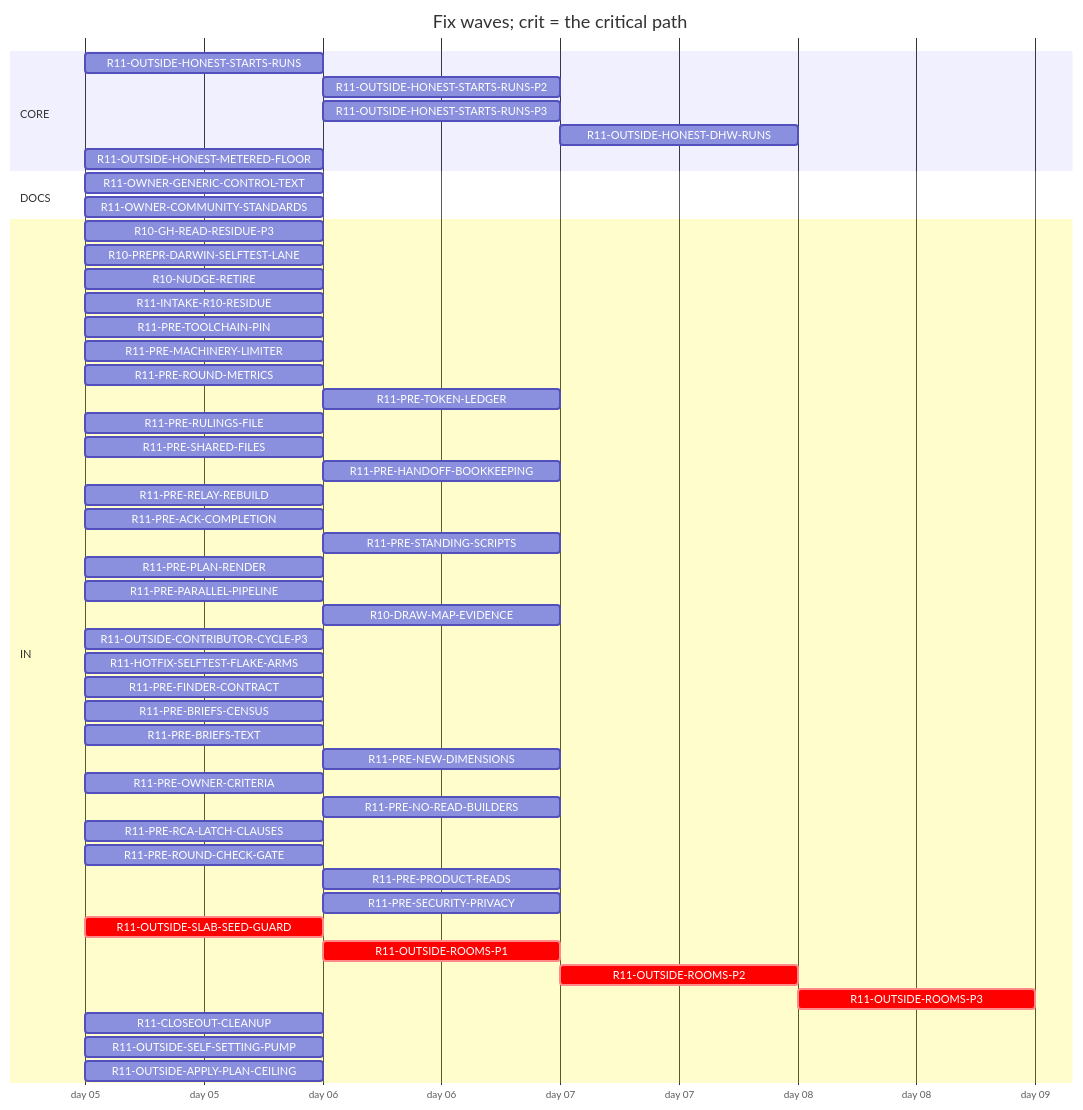
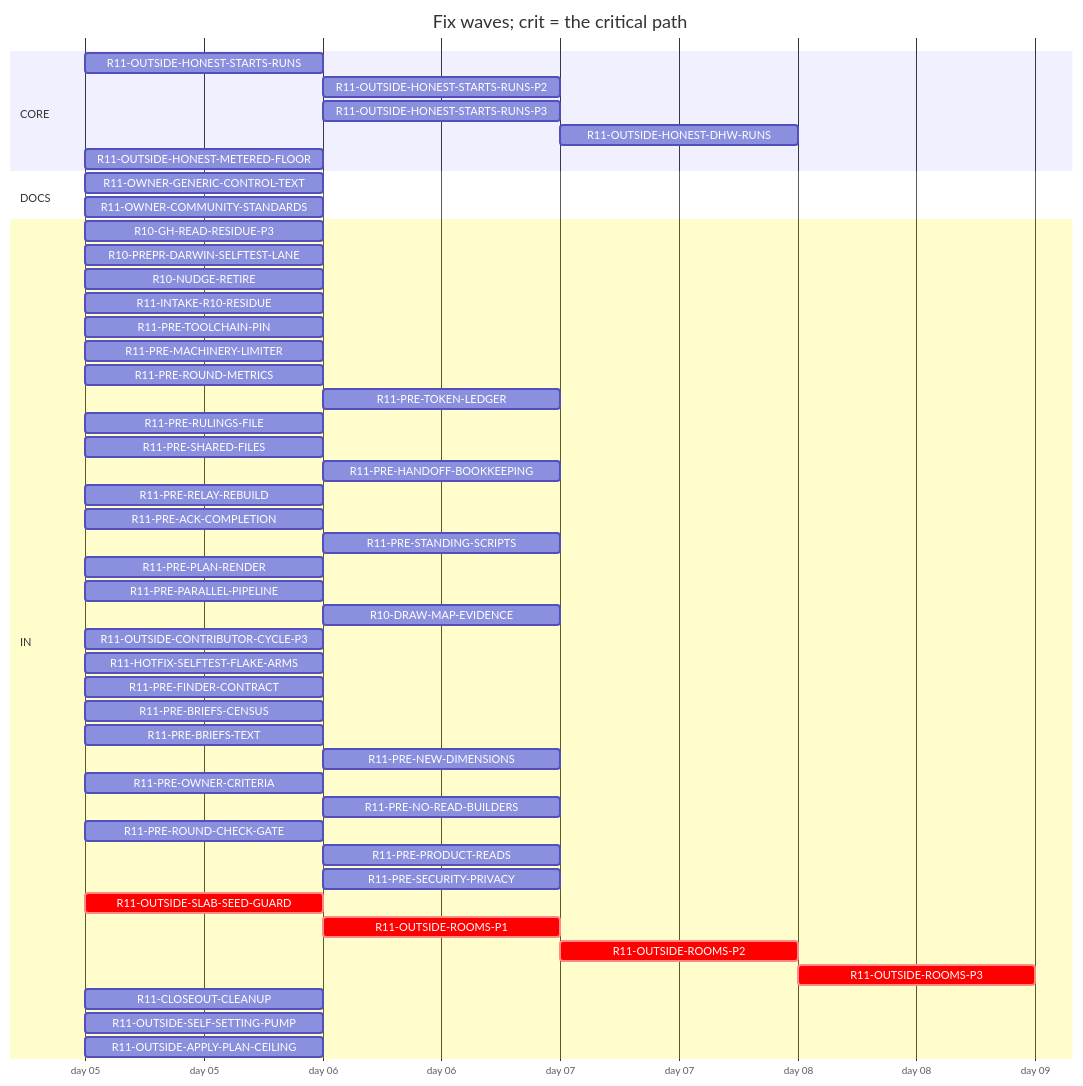
Before and after one commit to tvofi/heatpump_optimizer: the diagram in handoff/round11/state/PLAN-TABLE.md, drawn with Mermaid. The commit also changed other lines of this file and 4 other files, not shown here.

Commit message:
state: FLOW-BOARD.md, NEXT-SESSION-PROMPT.md, PLAN-TABLE.md, PLAN.html, RESUME-CURRENT.md regenerated (state_docs.py)

````diff
--- a/handoff/round11/state/PLAN-TABLE.md
+++ b/handoff/round11/state/PLAN-TABLE.md
@@ -16,52 +16,51 @@
 ```mermaid
 gantt
   title Fix waves; crit = the critical path
   dateFormat YYYY-MM-DD
   axisFormat day %d
   section CORE
     R11-OUTSIDE-HONEST-STARTS-RUNS :r11OUTSIDEHONESTSTARTSRUNS, 2026-01-05, 1d
     R11-OUTSIDE-HONEST-STARTS-RUNS-P2 :r11OUTSIDEHONESTSTARTSRUNSP2, after r11OUTSIDEHONESTSTARTSRUNS, 1d
     R11-OUTSIDE-HONEST-STARTS-RUNS-P3 :r11OUTSIDEHONESTSTARTSRUNSP3, after r11OUTSIDEHONESTSTARTSRUNS, 1d
     R11-OUTSIDE-HONEST-DHW-RUNS :r11OUTSIDEHONESTDHWRUNS, after r11OUTSIDEHONESTSTARTSRUNS r11OUTSIDEHONESTSTARTSRUNSP2, 1d
     R11-OUTSIDE-HONEST-METERED-FLOOR :r11OUTSIDEHONESTMETEREDFLOOR, 2026-01-05, 1d
   section DOCS
     R11-OWNER-GENERIC-CONTROL-TEXT :r11OWNERGENERICCONTROLTEXT, 2026-01-05, 1d
     R11-OWNER-COMMUNITY-STANDARDS :r11OWNERCOMMUNITYSTANDARDS, 2026-01-05, 1d
   section IN
     R10-GH-READ-RESIDUE-P3 :r10GHREADRESIDUEP3, 2026-01-05, 1d
     R10-PREPR-DARWIN-SELFTEST-LANE :r10PREPRDARWINSELFTESTLANE, 2026-01-05, 1d
     R10-NUDGE-RETIRE :r10NUDGERETIRE, 2026-01-05, 1d
     R11-INTAKE-R10-RESIDUE :r11INTAKER10RESIDUE, 2026-01-05, 1d
     R11-PRE-TOOLCHAIN-PIN :r11PRETOOLCHAINPIN, 2026-01-05, 1d
     R11-PRE-MACHINERY-LIMITER :r11PREMACHINERYLIMITER, 2026-01-05, 1d
     R11-PRE-ROUND-METRICS :r11PREROUNDMETRICS, 2026-01-05, 1d
     R11-PRE-TOKEN-LEDGER :r11PRETOKENLEDGER, after r10GHREADRESIDUEP3, 1d
     R11-PRE-RULINGS-FILE :r11PRERULINGSFILE, 2026-01-05, 1d
     R11-PRE-SHARED-FILES :r11PRESHAREDFILES, 2026-01-05, 1d
     R11-PRE-HANDOFF-BOOKKEEPING :r11PREHANDOFFBOOKKEEPING, after r11PRERELAYREBUILD, 1d
     R11-PRE-RELAY-REBUILD :r11PRERELAYREBUILD, 2026-01-05, 1d
     R11-PRE-ACK-COMPLETION :r11PREACKCOMPLETION, 2026-01-05, 1d
     R11-PRE-STANDING-SCRIPTS :r11PRESTANDINGSCRIPTS, after r11PREPARALLELPIPELINE, 1d
     R11-PRE-PLAN-RENDER :r11PREPLANRENDER, 2026-01-05, 1d
     R11-PRE-PARALLEL-PIPELINE :r11PREPARALLELPIPELINE, 2026-01-05, 1d
     R10-DRAW-MAP-EVIDENCE :r10DRAWMAPEVIDENCE, after r11OUTSIDESELFSETTINGPUMP, 1d
     R11-OUTSIDE-CONTRIBUTOR-CYCLE-P3 :r11OUTSIDECONTRIBUTORCYCLEP3, 2026-01-05, 1d
     R11-HOTFIX-SELFTEST-FLAKE-ARMS :r11HOTFIXSELFTESTFLAKEARMS, 2026-01-05, 1d
     R11-PRE-FINDER-CONTRACT :r11PREFINDERCONTRACT, 2026-01-05, 1d
     R11-PRE-BRIEFS-CENSUS :r11PREBRIEFSCENSUS, 2026-01-05, 1d
     R11-PRE-BRIEFS-TEXT :r11PREBRIEFSTEXT, 2026-01-05, 1d
     R11-PRE-NEW-DIMENSIONS :r11PRENEWDIMENSIONS, after r11PREFINDERCONTRACT r11PREBRIEFSCENSUS, 1d
     R11-PRE-OWNER-CRITERIA :r11PREOWNERCRITERIA, 2026-01-05, 1d
     R11-PRE-NO-READ-BUILDERS :r11PRENOREADBUILDERS, after r11PREMACHINERYLIMITER, 1d
-    R11-PRE-RCA-LATCH-CLAUSES :r11PRERCALATCHCLAUSES, 2026-01-05, 1d
     R11-PRE-ROUND-CHECK-GATE :r11PREROUNDCHECKGATE, 2026-01-05, 1d
     R11-PRE-PRODUCT-READS :r11PREPRODUCTREADS, after r11PREBRIEFSCENSUS, 1d
     R11-PRE-SECURITY-PRIVACY :r11PRESECURITYPRIVACY, after r11PREFINDERCONTRACT r11PREBRIEFSCENSUS, 1d
     R11-OUTSIDE-SLAB-SEED-GUARD :crit, r11OUTSIDESLABSEEDGUARD, 2026-01-05, 1d
     R11-OUTSIDE-ROOMS-P1 :crit, r11OUTSIDEROOMSP1, after r11OUTSIDESLABSEEDGUARD, 1d
     R11-OUTSIDE-ROOMS-P2 :crit, r11OUTSIDEROOMSP2, after r11OUTSIDEROOMSP1, 1d
     R11-OUTSIDE-ROOMS-P3 :crit, r11OUTSIDEROOMSP3, after r11OUTSIDEROOMSP2, 1d
     R11-CLOSEOUT-CLEANUP :r11CLOSEOUTCLEANUP, 2026-01-05, 1d
     R11-OUTSIDE-SELF-SETTING-PUMP :r11OUTSIDESELFSETTINGPUMP, 2026-01-05, 1d
     R11-OUTSIDE-APPLY-PLAN-CEILING :r11OUTSIDEAPPLYPLANCEILING, 2026-01-05, 1d
 ```
````
